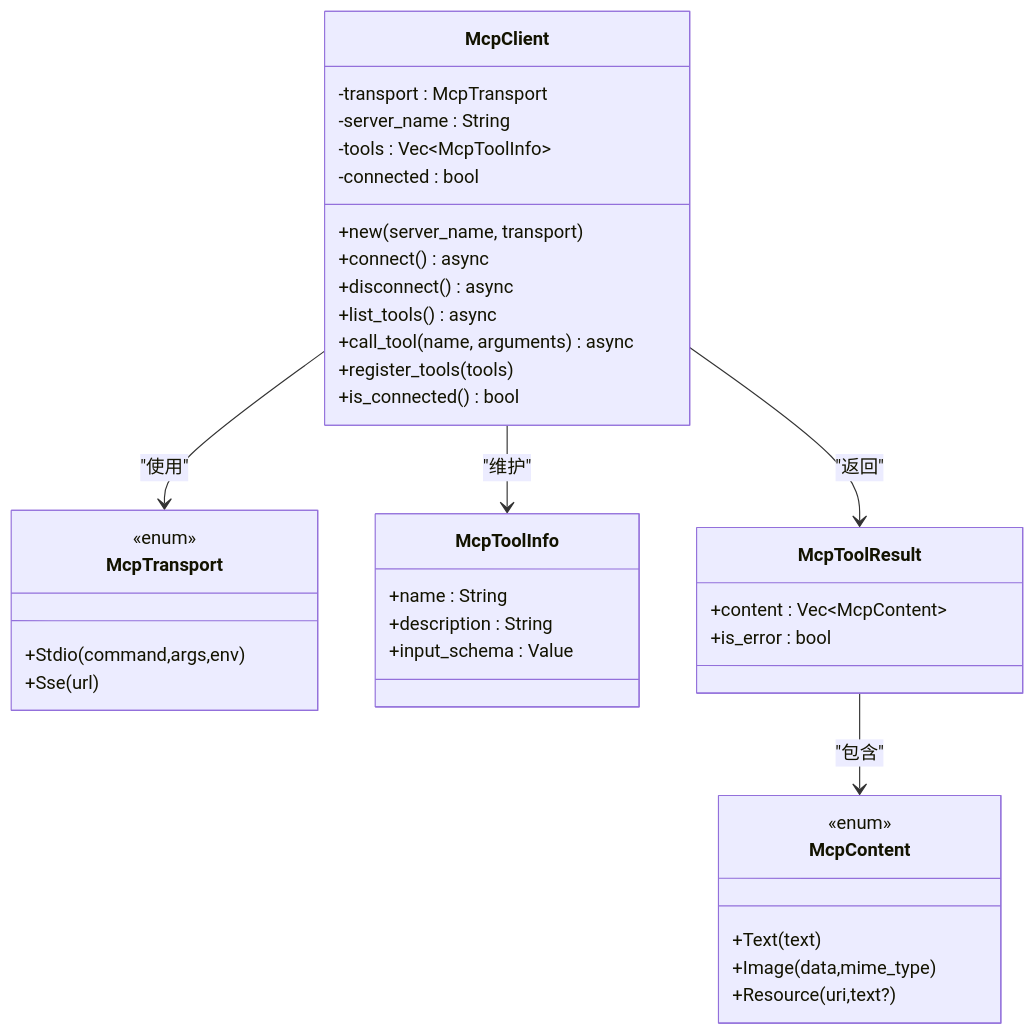
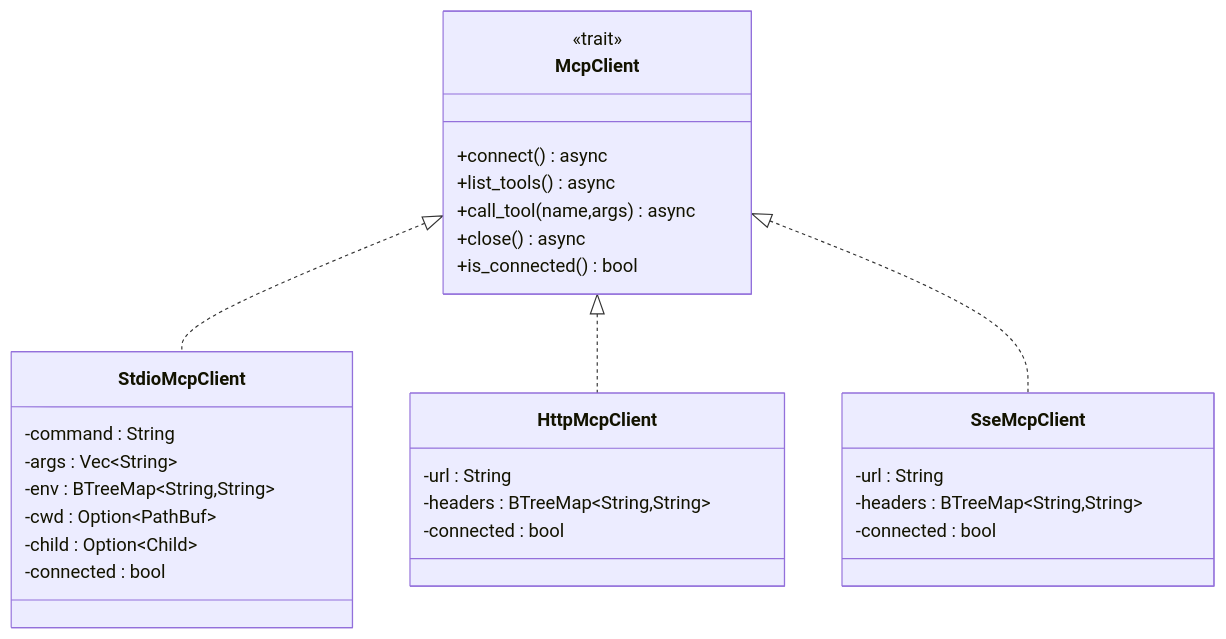
The fourth of 11 diagrams in .qoder/repowiki/zh/content/扩展开发/MCP协议.md (ixiejun/macaca), drawn with Mermaid before and after one commit. The commit also changed other lines of this file and 49 other files, not shown here.

````diff
--- a/.qoder/repowiki/zh/content/扩展开发/MCP协议.md
+++ b/.qoder/repowiki/zh/content/扩展开发/MCP协议.md
@@ -153,40 +267,32 @@
 ```mermaid
 classDiagram
 class McpClient {
--transport : McpTransport
--server_name : String
--tools : Vec~McpToolInfo~
--connected : bool
-+new(server_name, transport)
+<<trait>>
 +connect() async
-+disconnect() async
 +list_tools() async
-+call_tool(name, arguments) async
-+register_tools(tools)
++call_tool(name,args) async
++close() async
 +is_connected() bool
 }
-class McpTransport {
-<<enum>>
-+Stdio(command,args,env)
-+Sse(url)
+class StdioMcpClient {
+-command : String
+-args : Vec~String~
+-env : BTreeMap~String,String~
+-cwd : Option~PathBuf~
+-child : Option~Child~
+-connected : bool
 }
-class McpToolInfo {
-+name : String
-+description : String
-+input_schema : Value
+class HttpMcpClient {
+-url : String
+-headers : BTreeMap~String,String~
+-connected : bool
 }
-class McpToolResult {
-+content : Vec~McpContent~
-+is_error : bool
+class SseMcpClient {
+-url : String
+-headers : BTreeMap~String,String~
+-connected : bool
 }
-class McpContent {
-<<enum>>
-+Text(text)
-+Image(data,mime_type)
-+Resource(uri,text?)
-}
-McpClient --> McpTransport : "使用"
-McpClient --> McpToolInfo : "维护"
-McpClient --> McpToolResult : "返回"
-McpToolResult --> McpContent : "包含"
+McpClient <|.. StdioMcpClient
+McpClient <|.. HttpMcpClient
+McpClient <|.. SseMcpClient
 ```
````
